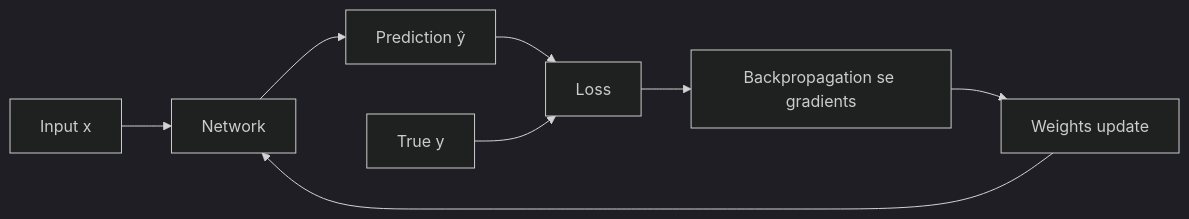
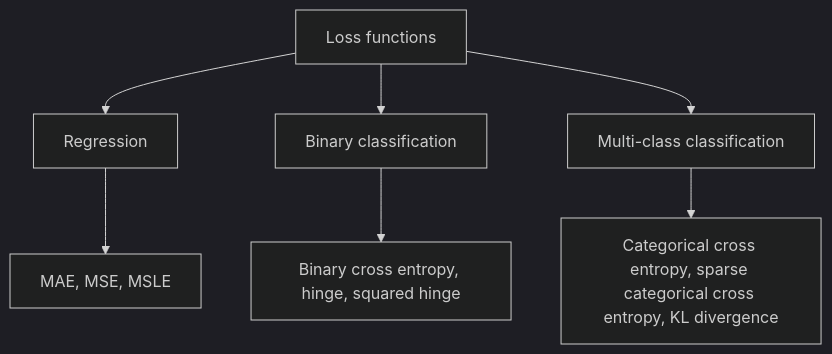
The diagram in content/deep-learning/pyq/2024-12/q5a.hi.mdx (TrendySloth1001/sem-seven-notes), drawn with Mermaid (dark theme) before and after one commit. The commit also changed other lines of this file and 168 other files, not shown here.

````diff
--- a/content/deep-learning/pyq/2024-12/q5a.hi.mdx
+++ b/content/deep-learning/pyq/2024-12/q5a.hi.mdx
@@ -18,11 +11,10 @@
 ```mermaid
-%% caption: Loss prediction aur weight update ke beech hota hai, har training step mein.
-flowchart LR
-  A["Input x"] --> B["Network"]
-  B --> C["Prediction ŷ"]
-  C --> D["Loss"]
-  Y["True y"] --> D
-  D --> E["Backpropagation se gradients"]
-  E --> F["Weights update"]
-  F --> B
+%% caption: Network train karte waqt use hone wale loss functions ke types, problem type ke hisaab se.
+flowchart TD
+  A["Loss functions"] --> B["Regression"]
+  A --> C["Binary classification"]
+  A --> D["Multi-class classification"]
+  B --> B1["MAE, MSE, MSLE"]
+  C --> C1["Binary cross entropy, hinge, squared hinge"]
+  D --> D1["Categorical cross entropy, sparse categorical cross entropy, KL divergence"]
 ```
````
